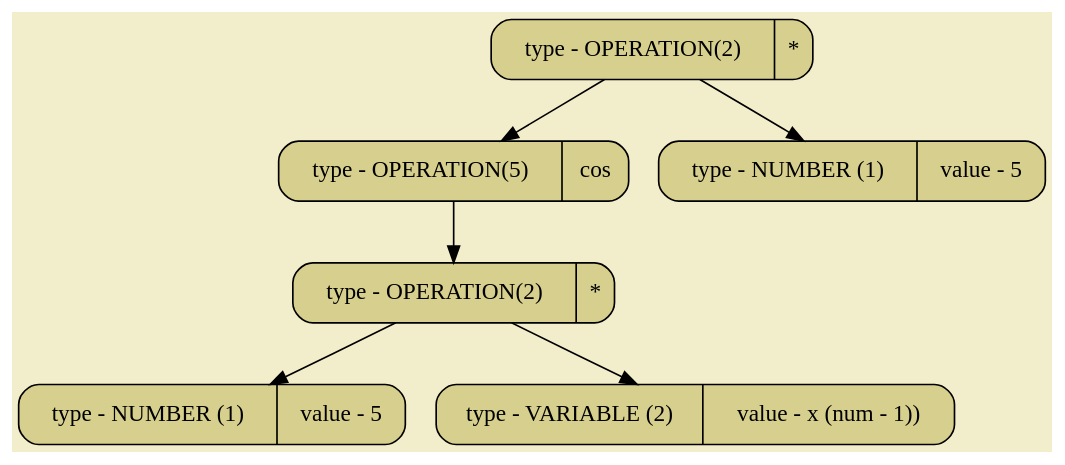
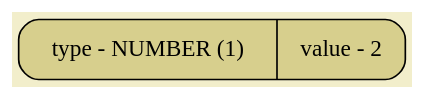
One commit to SashaKhaytina/Differenciator changed the diagram in pictures/image03.dot. Above: the diagram before and after it, drawn with Graphviz. The commit also changed 15 other files, not shown here.

```diff
--- a/pictures/image03.dot
+++ b/pictures/image03.dot
@@ -1,16 +1,6 @@
 digraph
 {
 bgcolor="#F2EECB";
 rankdir = TB;
-POINT_0x5c9a8f445ed0[shape=Mrecord, label = "type - OPERATION(2) | *", style="filled",fillcolor="#D7CF8D"]
-POINT_0x5c9a8f445eb0[shape=Mrecord, label = "type - OPERATION(5) | cos", style="filled",fillcolor="#D7CF8D"]
-POINT_0x5c9a8f445e90[shape=Mrecord, label = "type - OPERATION(2) | *", style="filled",fillcolor="#D7CF8D"]
-POINT_0x5c9a8f445e70[shape=Mrecord, label = "type - NUMBER (1) | value - 5", style="filled",fillcolor="#D7CF8D"]
-POINT_0x5c9a8f445e50[shape=Mrecord, label = "type - VARIABLE (2) | value - x (num - 1))", style="filled",fillcolor="#D7CF8D"]
-POINT_0x5c9a8f445e30[shape=Mrecord, label = "type - NUMBER (1) | value - 5", style="filled",fillcolor="#D7CF8D"]
-POINT_0x5c9a8f445ed0 -> POINT_0x5c9a8f445eb0
-POINT_0x5c9a8f445ed0 -> POINT_0x5c9a8f445e30
-POINT_0x5c9a8f445eb0 -> POINT_0x5c9a8f445e90
-POINT_0x5c9a8f445e90 -> POINT_0x5c9a8f445e70
-POINT_0x5c9a8f445e90 -> POINT_0x5c9a8f445e50
+POINT_0x5afa228ccbe0[shape=Mrecord, label = "type - NUMBER (1) | value - 2", style="filled",fillcolor="#D7CF8D"]
 }
```
